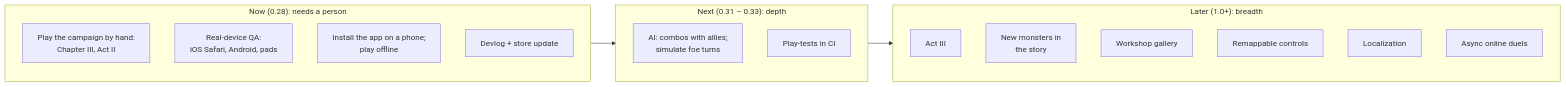
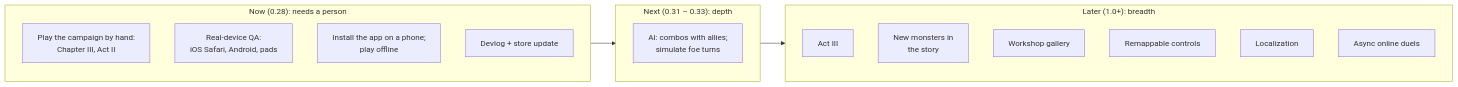
One commit to CptNope/Chess-RPG-Tactics changed the second of 4 diagrams in docs/ROADMAP.md. Above: the diagram before and after it, drawn with Mermaid. The commit also changed other lines of this file and 6 other files, not shown here.

First line of the commit message:
CI: browser play-tests on every push and PR

````diff
--- a/docs/ROADMAP.md
+++ b/docs/ROADMAP.md
@@ -95,25 +95,24 @@
 ```mermaid
 flowchart LR
     subgraph NOW["Now (0.28): needs a person"]
         direction TB
         N1["Play the campaign by hand:<br/>Chapter III, Act II"]
         N2["Real-device QA:<br/>iOS Safari, Android, pads"]
         N3["Install the app on a phone;<br/>play offline"]
         N4["Devlog + store update"]
     end
     subgraph NEXT["Next (0.31 – 0.33): depth"]
         direction TB
         X1["AI: combos with allies;<br/>simulate foe turns"]
-        X5["Play-tests in CI"]
     end
     subgraph LATER["Later (1.0+): breadth"]
         direction TB
         L1["Act III"]
         L2["New monsters in<br/>the story"]
         L4["Workshop gallery"]
         L5["Remappable controls"]
         L6["Localization"]
         L7["Async online duels"]
     end
     NOW --> NEXT --> LATER
 ```
````
